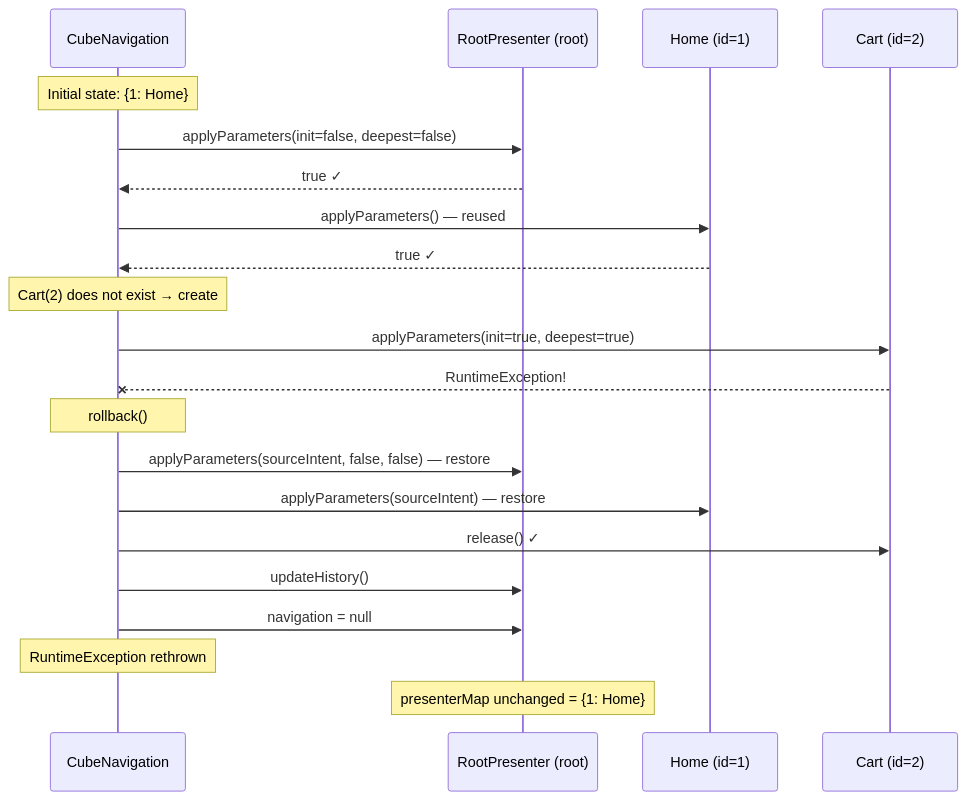
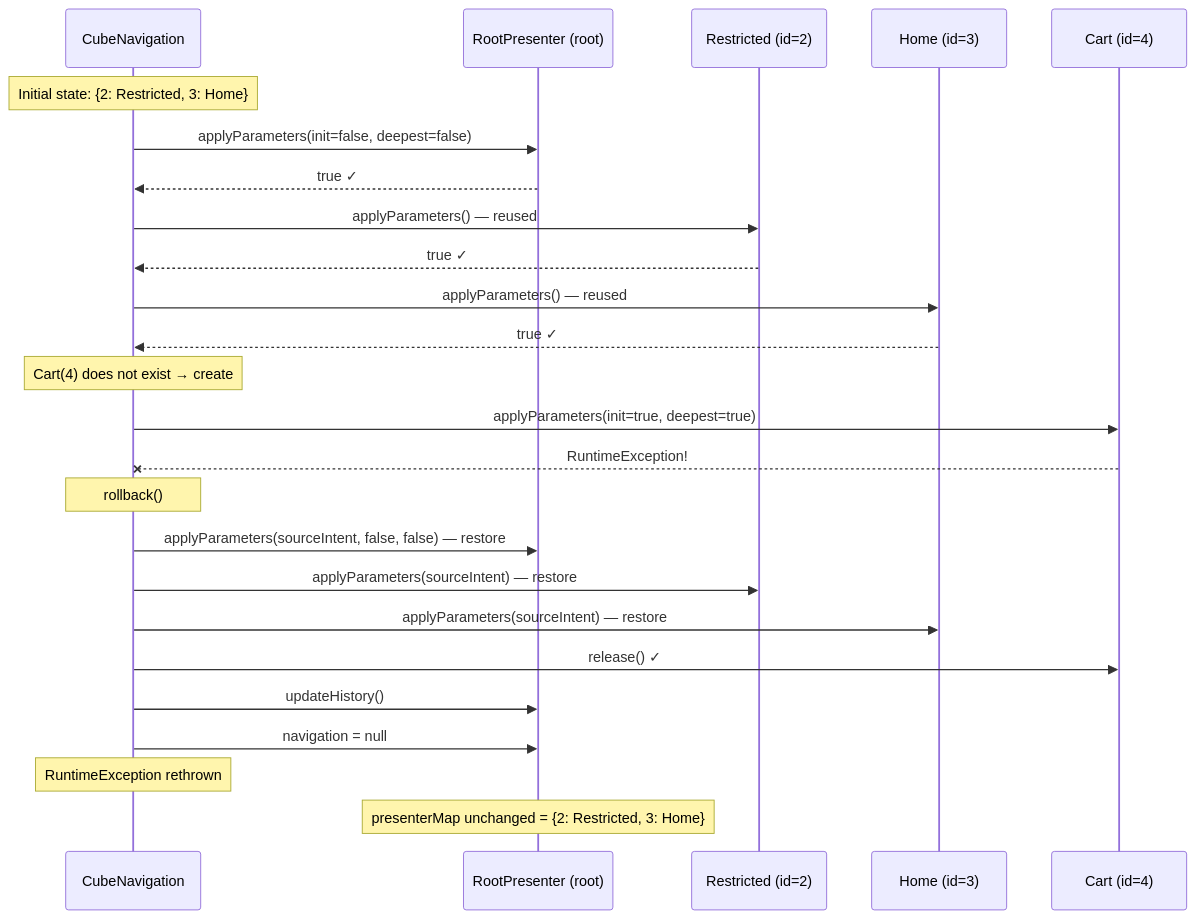
Before and after one commit to mrcdom/wdc-cube-kotlin: the tenth of 19 diagrams in docs/architecture-cube.md, drawn with Mermaid. The commit also changed other lines of this file and 15 other files, not shown here.

````diff
--- a/docs/architecture-cube.md
+++ b/docs/architecture-cube.md
@@ -687,27 +729,31 @@
 ```mermaid
 sequenceDiagram
     participant Nav as CubeNavigation
     participant App as RootPresenter (root)
-    participant Home as Home (id=1)
-    participant Cart as Cart (id=2)
+    participant Rs as Restricted (id=2)
+    participant Home as Home (id=3)
+    participant Cart as Cart (id=4)
 
-    Note over Nav: Initial state: {1: Home}
+    Note over Nav: Initial state: {2: Restricted, 3: Home}
 
     Nav->>App: applyParameters(init=false, deepest=false)
     App-->>Nav: true ✓
+    Nav->>Rs: applyParameters() — reused
+    Rs-->>Nav: true ✓
     Nav->>Home: applyParameters() — reused
     Home-->>Nav: true ✓
 
-    Note over Nav: Cart(2) does not exist → create
+    Note over Nav: Cart(4) does not exist → create
     Nav->>Cart: applyParameters(init=true, deepest=true)
     Cart--xNav: RuntimeException!
 
     Note over Nav: rollback()
     Nav->>App: applyParameters(sourceIntent, false, false) — restore
+    Nav->>Rs: applyParameters(sourceIntent) — restore
     Nav->>Home: applyParameters(sourceIntent) — restore
     Nav->>Cart: release() ✓
     Nav->>App: updateHistory()
     Nav->>App: navigation = null
     Note over Nav: RuntimeException rethrown
-    Note over App: presenterMap unchanged = {1: Home}
+    Note over App: presenterMap unchanged = {2: Restricted, 3: Home}
 ```
````
